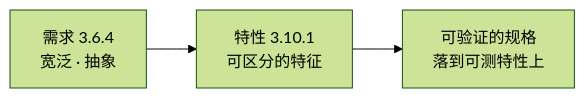
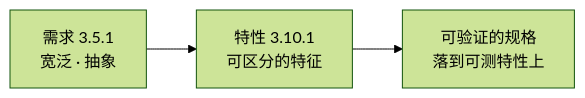
The second of 17 diagrams in 100-subprojects/01-系统工程研究/00-系统工程相关研究报告/01-设计开发概念研究报告-从需求到质量基座.md (Yongjunzhou/AOS-system-design), drawn with Mermaid (forest theme) before and after one commit. The commit also changed other lines of this file and 38 other files, not shown here.

````diff
--- a/100-subprojects/01-系统工程研究/00-系统工程相关研究报告/01-设计开发概念研究报告-从需求到质量基座.md
+++ b/100-subprojects/01-系统工程研究/00-系统工程相关研究报告/01-设计开发概念研究报告-从需求到质量基座.md
@@ -103,5 +116,5 @@
 ```mermaid
 flowchart LR
-    A["需求 3.6.4<br/>宽泛 · 抽象"] --> B["特性 3.10.1<br/>可区分的特征"]
+    A["需求 3.5.1<br/>宽泛 · 抽象"] --> B["特性 3.10.1<br/>可区分的特征"]
     B --> C["可验证的规格<br/>落到可测特性上"]
 ```
````
